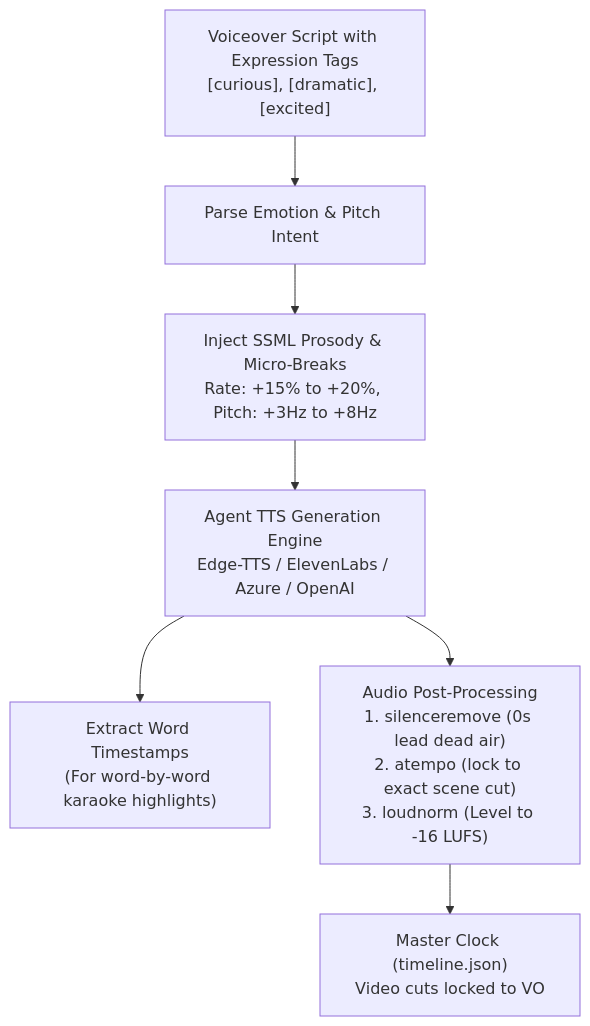
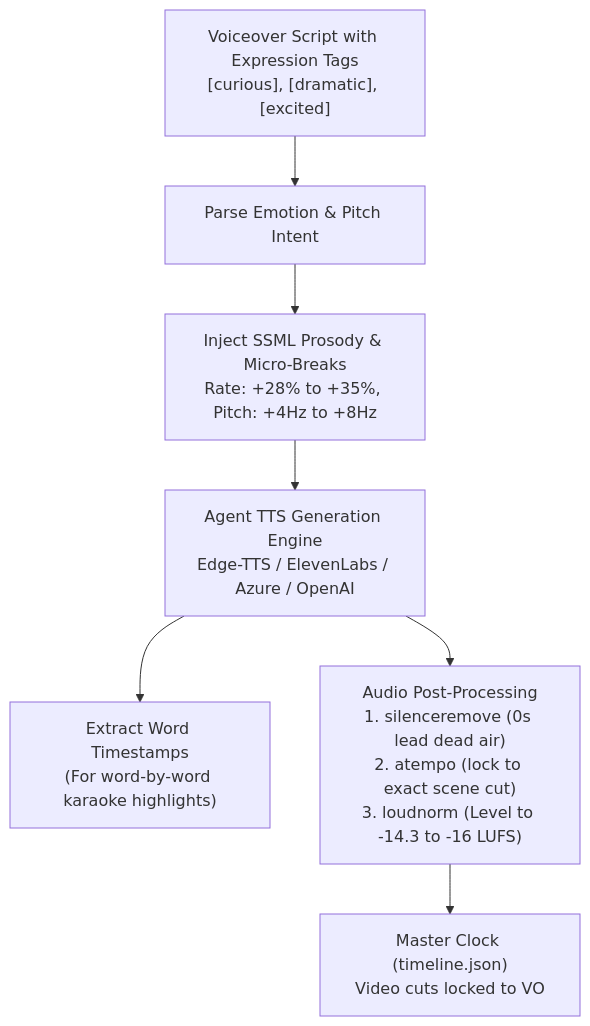
The first of 2 diagrams in skills/editorial-reel-video/references/voice_audio_and_cutout_guide.md (uttamongithb/video-skill), drawn with Mermaid before and after one commit. The commit also changed other lines of this file and 6 other files, not shown here.

Commit message:
Update skills: 204-215 WPM viral voice pacing, neural edge-tts, and tighter audio cuts

````diff
--- a/skills/editorial-reel-video/references/voice_audio_and_cutout_guide.md
+++ b/skills/editorial-reel-video/references/voice_audio_and_cutout_guide.md
@@ -16,9 +16,9 @@
 ```mermaid
 flowchart TD
     SCRIPT["Voiceover Script with Expression Tags<br/>[curious], [dramatic], [excited]"] --> PARSE["Parse Emotion & Pitch Intent"]
-    PARSE --> SSML["Inject SSML Prosody & Micro-Breaks<br/>Rate: +15% to +20%, Pitch: +3Hz to +8Hz"]
+    PARSE --> SSML["Inject SSML Prosody & Micro-Breaks<br/>Rate: +28% to +35%, Pitch: +4Hz to +8Hz"]
     SSML --> TTS["Agent TTS Generation Engine<br/>Edge-TTS / ElevenLabs / Azure / OpenAI"]
     TTS --> WORDS["Extract Word Timestamps<br/>(For word-by-word karaoke highlights)"]
-    TTS --> AUDIO["Audio Post-Processing<br/>1. silenceremove (0s lead dead air)<br/>2. atempo (lock to exact scene cut)<br/>3. loudnorm (Level to -16 LUFS)"]
+    TTS --> AUDIO["Audio Post-Processing<br/>1. silenceremove (0s lead dead air)<br/>2. atempo (lock to exact scene cut)<br/>3. loudnorm (Level to -14.3 to -16 LUFS)"]
     AUDIO --> TIMELINE["Master Clock (timeline.json)<br/>Video cuts locked to VO"]
 ```
````
